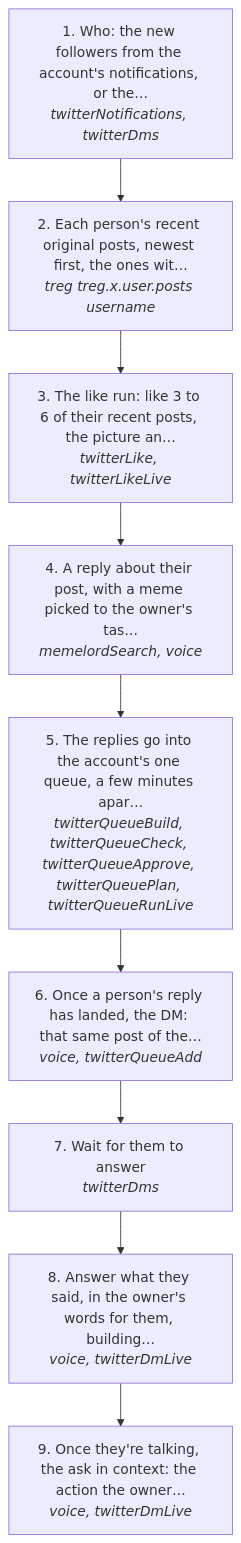
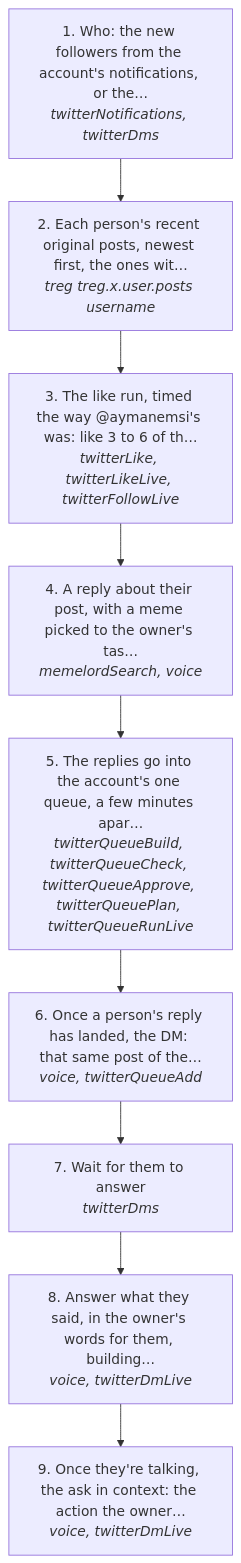
Before and after one commit to matthewdonsemail-lab/log: the first of 2 diagrams in docs/useCases/twitter/replyGuyFunnel.md, drawn with Mermaid. The commit also changed other lines of this file and 5 other files, not shown here.

Commit message:
docs: the like run copies @aymanemsi's shape: gaps of 4 to 60 s, inside 5 minutes, the follow just before the last like

````diff
--- a/docs/useCases/twitter/replyGuyFunnel.md
+++ b/docs/useCases/twitter/replyGuyFunnel.md
@@ -16,20 +16,20 @@
 ```mermaid
 flowchart TD
   s0["1. Who: the new followers from the account's notifications, or the…<br/><i>twitterNotifications, twitterDms</i>"]
   s1["2. Each person's recent original posts, newest first, the ones wit…<br/><i>treg treg.x.user.posts username</i>"]
-  s2["3. The like run: like 3 to 6 of their recent posts, the picture an…<br/><i>twitterLike, twitterLikeLive</i>"]
+  s2["3. The like run, timed the way @aymanemsi's was: like 3 to 6 of th…<br/><i>twitterLike, twitterLikeLive, twitterFollowLive</i>"]
   s3["4. A reply about their post, with a meme picked to the owner's tas…<br/><i>memelordSearch, voice</i>"]
   s4["5. The replies go into the account's one queue, a few minutes apar…<br/><i>twitterQueueBuild, twitterQueueCheck, twitterQueueApprove, twitterQueuePlan, twitterQueueRunLive</i>"]
   s5["6. Once a person's reply has landed, the DM: that same post of the…<br/><i>voice, twitterQueueAdd</i>"]
   s6["7. Wait for them to answer<br/><i>twitterDms</i>"]
   s7["8. Answer what they said, in the owner's words for them, building…<br/><i>voice, twitterDmLive</i>"]
   s8["9. Once they're talking, the ask in context: the action the owner…<br/><i>voice, twitterDmLive</i>"]
   s0 --> s1
   s1 --> s2
   s2 --> s3
   s3 --> s4
   s4 --> s5
   s5 --> s6
   s6 --> s7
   s7 --> s8
 ```
````
